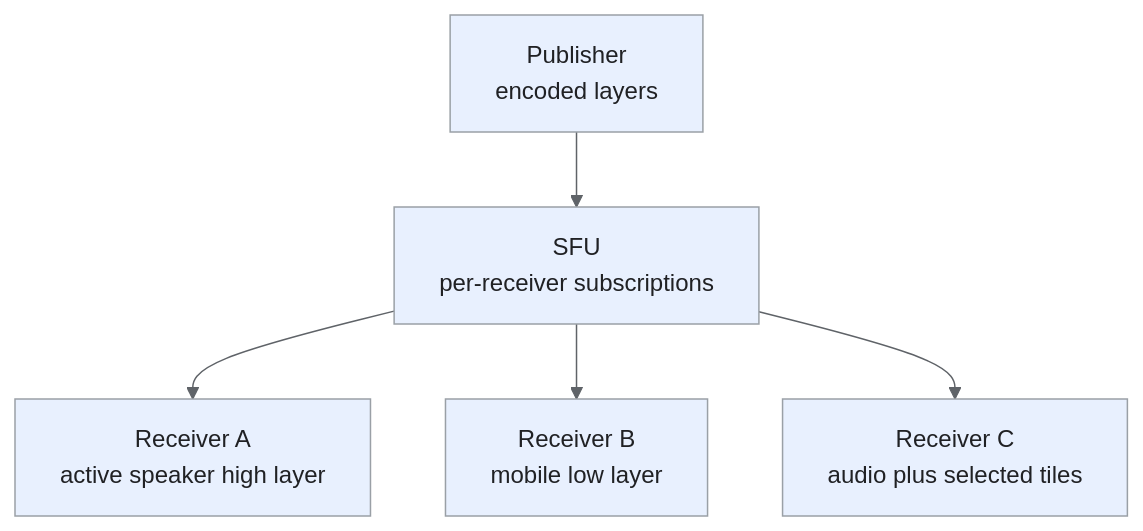
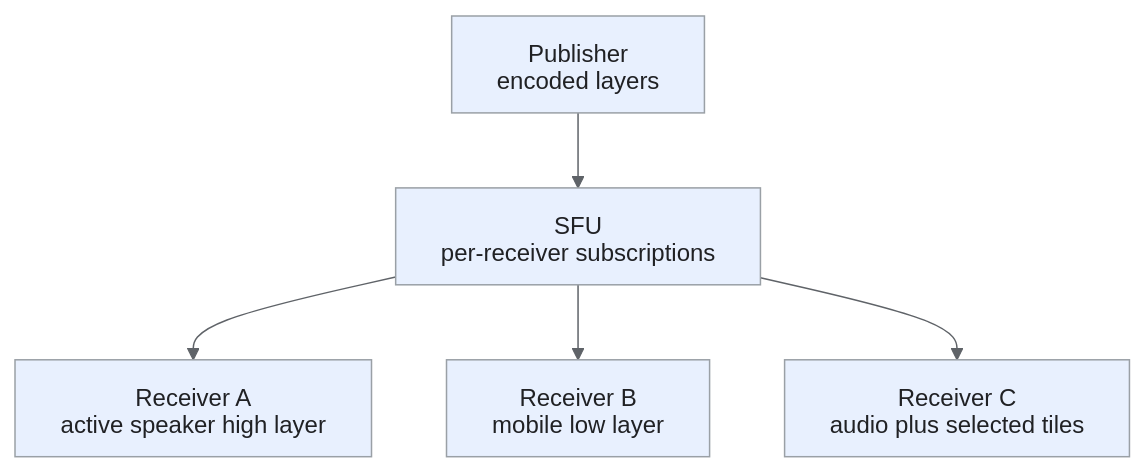
One commit to iliazlobin/iliazlobin.github.io changed the third of 7 diagrams in _designs/system-design-video-conferencing-zoom.md. Above: the diagram before and after it, drawn with Mermaid. The commit also changed other lines of this file and 1 other file, not shown here.

````diff
--- a/_designs/system-design-video-conferencing-zoom.md
+++ b/_designs/system-design-video-conferencing-zoom.md
@@ -268,13 +278,13 @@
 ```mermaid
-%%{init: {'theme':'base','themeVariables':{'primaryColor':'#e8f0fe','primaryTextColor':'#202124','primaryBorderColor':'#9aa0a6','lineColor':'#5f6368','secondaryColor':'#e6f4ea','tertiaryColor':'#fef7e0','actorBkg':'#e8f0fe','actorBorder':'#9aa0a6','actorTextColor':'#202124','noteBkgColor':'#fef7e0','noteTextColor':'#202124','noteBorderColor':'#9aa0a6','signalColor':'#5f6368','signalTextColor':'#202124','labelBoxBkgColor':'#fef7e0','labelBoxBorderColor':'#9aa0a6'}}}%%
+%%{init: {'theme':'base','htmlLabels':false,'flowchart':{'htmlLabels':false},'themeVariables':{'fontFamily':'Arial, sans-serif','primaryColor':'#e8f0fe','primaryTextColor':'#202124','primaryBorderColor':'#9aa0a6','lineColor':'#5f6368','secondaryColor':'#e6f4ea','tertiaryColor':'#fef7e0','actorBkg':'#e8f0fe','actorBorder':'#9aa0a6','actorTextColor':'#202124','noteBkgColor':'#fef7e0','noteTextColor':'#202124','noteBorderColor':'#9aa0a6','signalColor':'#5f6368','signalTextColor':'#202124','labelBoxBkgColor':'#fef7e0','labelBoxBorderColor':'#9aa0a6'}}}%%
 flowchart TB
     P["Publisher<br>encoded layers"] --> S["SFU<br>per-receiver subscriptions"]
     S --> A["Receiver A<br>active speaker high layer"]
     S --> B["Receiver B<br>mobile low layer"]
     S --> C["Receiver C<br>audio plus selected tiles"]
 classDef request fill:#e8f0fe,stroke:#9aa0a6,color:#202124;
 classDef data fill:#e6f4ea,stroke:#9aa0a6,color:#202124;
 classDef control fill:#fef7e0,stroke:#9aa0a6,color:#202124;
 class P,S,A,B,C request;
 
 ```
````
